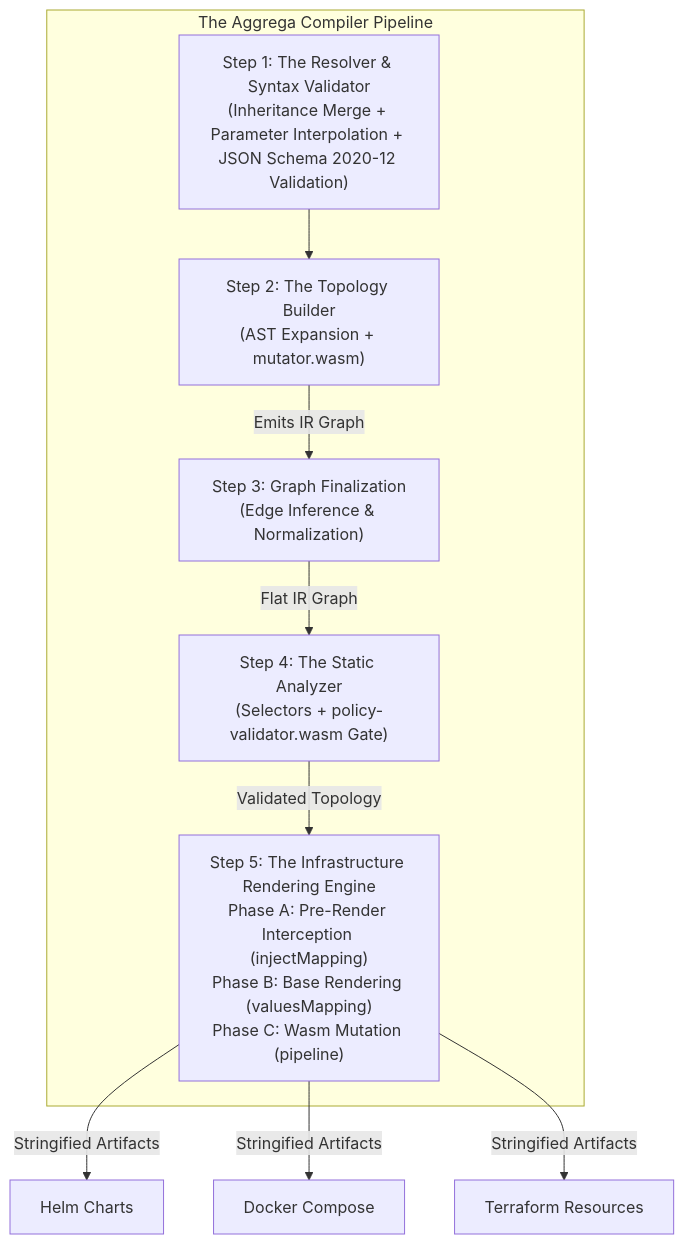
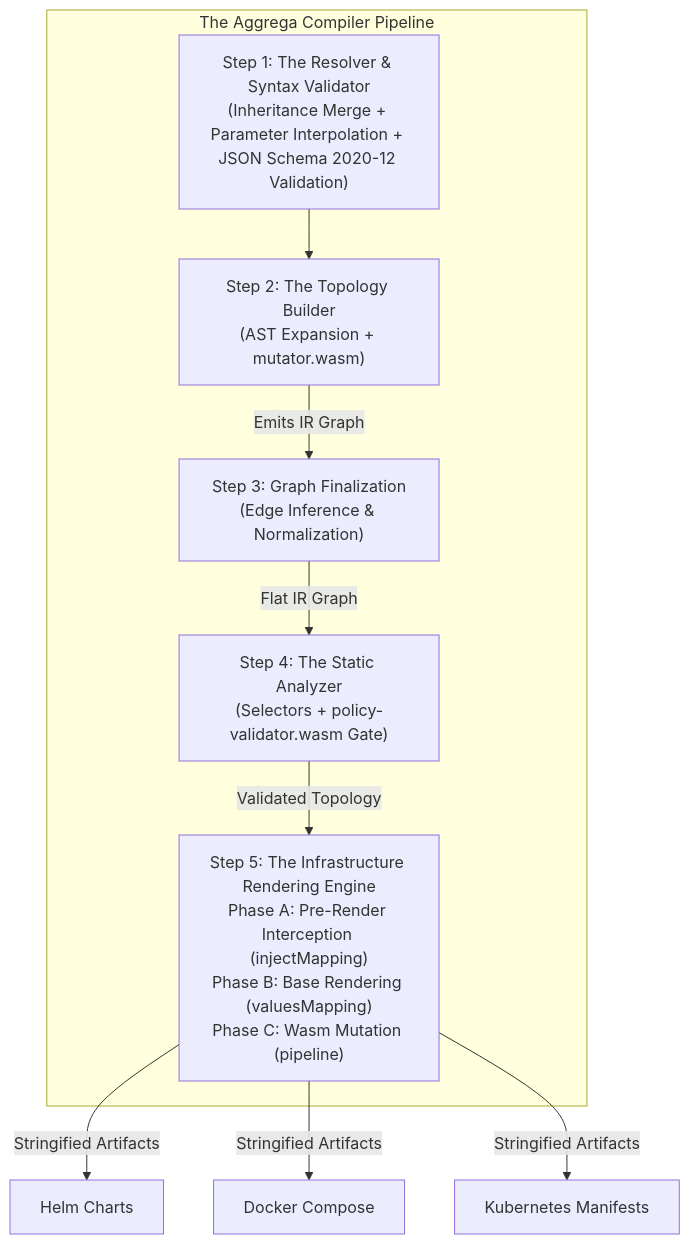
One commit to aggrega-ai/aggrega-docs changed the diagram in architecture/10-compilation-pipeline.md. Above: the diagram before and after it, drawn with Mermaid. The commit also changed 54 other files, not shown here.

````diff
--- a/architecture/10-compilation-pipeline.md
+++ b/architecture/10-compilation-pipeline.md
@@ -55,16 +55,16 @@
 ```mermaid
 graph TD
     subgraph CLI_Orchestrator ["The Aggrega Compiler Pipeline"]
         A["Step 1: The Resolver & Syntax Validator<br/>(Inheritance Merge + Parameter Interpolation + JSON Schema 2020-12 Validation)"] --> B["Step 2: The Topology Builder<br/>(AST Expansion + mutator.wasm)"]
         
         B -->|"Emits IR Graph"| C["Step 3: Graph Finalization<br/>(Edge Inference & Normalization)"]
         
         C -->|"Flat IR Graph"| D["Step 4: The Static Analyzer<br/>(Selectors + policy-validator.wasm Gate)"]
         
         D -->|"Validated Topology"| E["Step 5: The Infrastructure Rendering Engine<br/>Phase A: Pre-Render Interception (injectMapping)<br/>Phase B: Base Rendering (valuesMapping)<br/>Phase C: Wasm Mutation (pipeline)"]
     end
     
     E -->|"Stringified Artifacts"| F["Helm Charts"]
     E -->|"Stringified Artifacts"| G["Docker Compose"]
-    E -->|"Stringified Artifacts"| H["Terraform Resources"]
+    E -->|"Stringified Artifacts"| H["Kubernetes Manifests"]
 ```
````
